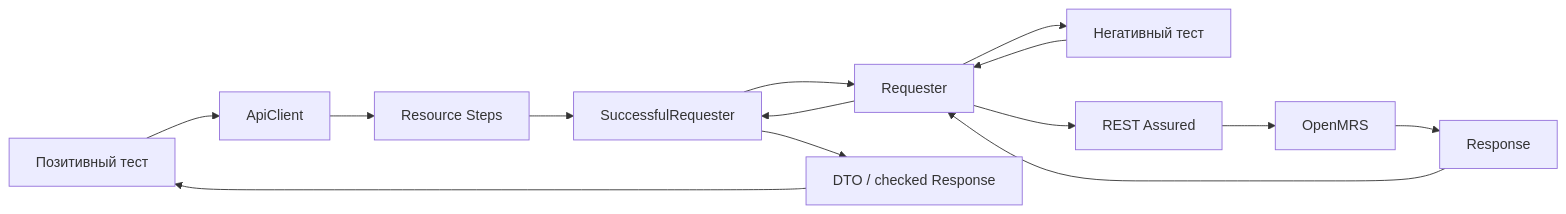
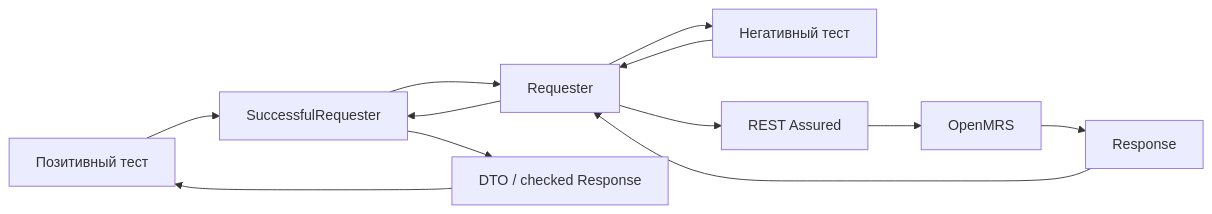
The third of 3 diagrams in docs/architecture/api-requester-layer.md (Didgi/O3-Tests), drawn with Mermaid before and after one commit. The commit also changed other lines of this file and 3 other files, not shown here.

Commit message:
Document API requester usage

````diff
--- a/docs/architecture/api-requester-layer.md
+++ b/docs/architecture/api-requester-layer.md
@@ -387,16 +292,14 @@
 ```mermaid
 flowchart LR
-    Positive[Позитивный тест] --> Client[ApiClient]
-    Client --> Steps[Resource Steps]
-    Steps --> Successful[SuccessfulRequester]
+    Positive[Позитивный тест] --> Successful[SuccessfulRequester]
     Negative[Негативный тест] --> Raw[Requester]
     Successful --> Raw
     Raw --> HTTP[REST Assured]
     HTTP --> API[OpenMRS]
     API --> Response[Response]
     Response --> Raw
     Raw --> Negative
     Raw --> Successful
     Successful --> Result[DTO / checked Response]
     Result --> Positive
 ```
````
